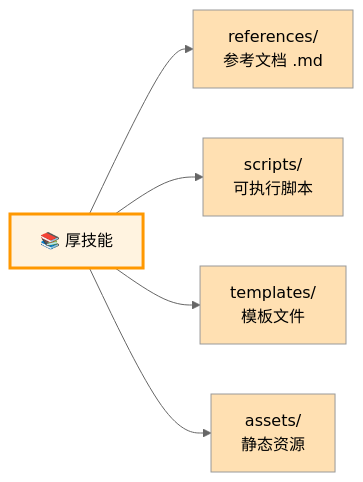
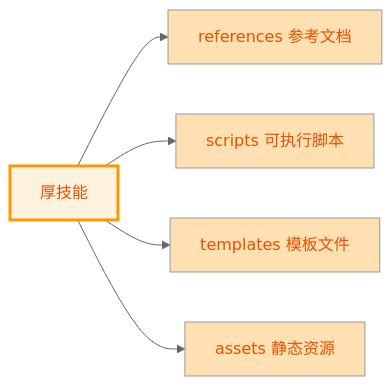
Before and after one commit to morning-start/coze-skills: diagram 11 of 11 in skill-factory/SKILL.md, drawn with Mermaid (neutral theme). The commit also changed other lines of this file and 2 other files, not shown here.

````diff
--- a/skill-factory/SKILL.md
+++ b/skill-factory/SKILL.md
@@ -217,13 +319,13 @@
 ```mermaid
 graph LR
-    A["📚 厚技能"] --> B["references/<br/>参考文档 .md"]
-    A --> C["scripts/<br/>可执行脚本"]
-    A --> D["templates/<br/>模板文件"]
-    A --> E["assets/<br/>静态资源"]
+    A[厚技能] --> B[references 参考文档]
+    A --> C[scripts 可执行脚本]
+    A --> D[templates 模板文件]
+    A --> E[assets 静态资源]
     
-    style A fill:#fff3e0,stroke:#ff9800,stroke-width:3px
-    style B fill:#ffe0b2
-    style C fill:#ffe0b2
-    style D fill:#ffe0b2
-    style E fill:#ffe0b2
+    style A fill:#fff3e0,stroke:#ff9800,stroke-width:3px,color:#e65100
+    style B fill:#ffe0b2,color:#e65100
+    style C fill:#ffe0b2,color:#e65100
+    style D fill:#ffe0b2,color:#e65100
+    style E fill:#ffe0b2,color:#e65100
 ```
````
